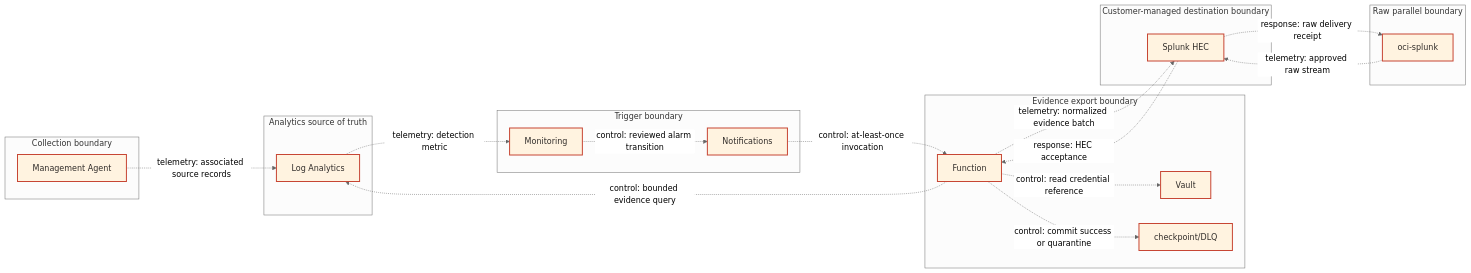
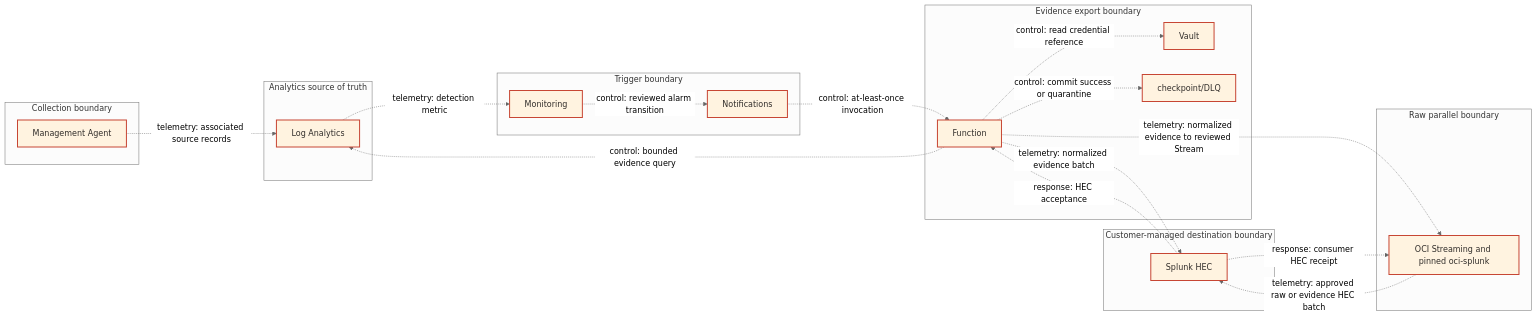
The diagram in docs/diagrams/logan-splunk-architecture.mmd (adibirzu/oci-log-analytics-detections), drawn with Mermaid (neutral theme) before and after one commit. The commit also changed 760 other files, not shown here.

```diff
--- a/docs/diagrams/logan-splunk-architecture.mmd
+++ b/docs/diagrams/logan-splunk-architecture.mmd
@@ -1,48 +1,49 @@
 %% Title: OCI Log Analytics and Splunk parallel operations
 %% Evidence: code-backed and configured disabled; provider verified = false; release accepted = false
 %% Primary objects: 9
 %% OCI diagram: node aliases and oci-service metadata are recorded in comments
 flowchart LR
   subgraph G1["Collection boundary"]
     %% oci-node: n1 = management_agent (oci-service: custom)
     n1["Management Agent"]
   end
   subgraph G2["Analytics source of truth"]
     %% oci-node: n2 = logan (oci-service: log-analytics)
     n2["Log Analytics"]
   end
   subgraph G3["Trigger boundary"]
     %% oci-node: n3 = monitoring (oci-service: monitoring)
     n3["Monitoring"]
     %% oci-node: n4 = notifications (oci-service: notifications)
     n4["Notifications"]
   end
   subgraph G4["Evidence export boundary"]
     %% oci-node: n5 = function (oci-service: custom)
     n5["Function"]
     %% oci-node: n6 = vault (oci-service: vault)
     n6["Vault"]
     %% oci-node: n7 = state_dlq (oci-service: custom)
     n7["checkpoint/DLQ"]
   end
   subgraph G5["Raw parallel boundary"]
-    %% oci-node: n8 = oci_splunk (oci-service: custom)
-    n8["oci-splunk"]
+    %% oci-node: n8 = oci_splunk (oci-service: streaming)
+    n8["OCI Streaming and pinned oci-splunk"]
   end
   subgraph G6["Customer-managed destination boundary"]
     %% oci-node: n9 = splunk_hec (oci-service: custom)
     n9["Splunk HEC"]
   end
   n1 -.->|"telemetry: associated source records"| n2
   n2 -.->|"telemetry: detection metric"| n3
   n3 -.->|"control: reviewed alarm transition"| n4
   n4 -.->|"control: at-least-once invocation"| n5
   n5 -.->|"control: bounded evidence query"| n2
   n5 -.->|"control: read credential reference"| n6
   n5 -.->|"control: commit success or quarantine"| n7
   n5 -.->|"telemetry: normalized evidence batch"| n9
   n9 -.->|"response: HEC acceptance"| n5
-  n8 -.->|"telemetry: approved raw stream"| n9
-  n9 -.->|"response: raw delivery receipt"| n8
+  n5 -.->|"telemetry: normalized evidence to reviewed Stream"| n8
+  n8 -.->|"telemetry: approved raw or evidence HEC batch"| n9
+  n9 -.->|"response: consumer HEC receipt"| n8
   classDef oci fill:#FFF3E0,stroke:#C74634,color:#312D2A,stroke-width:2px;
   class n1,n2,n3,n4,n5,n6,n7,n8,n9 oci;
```
